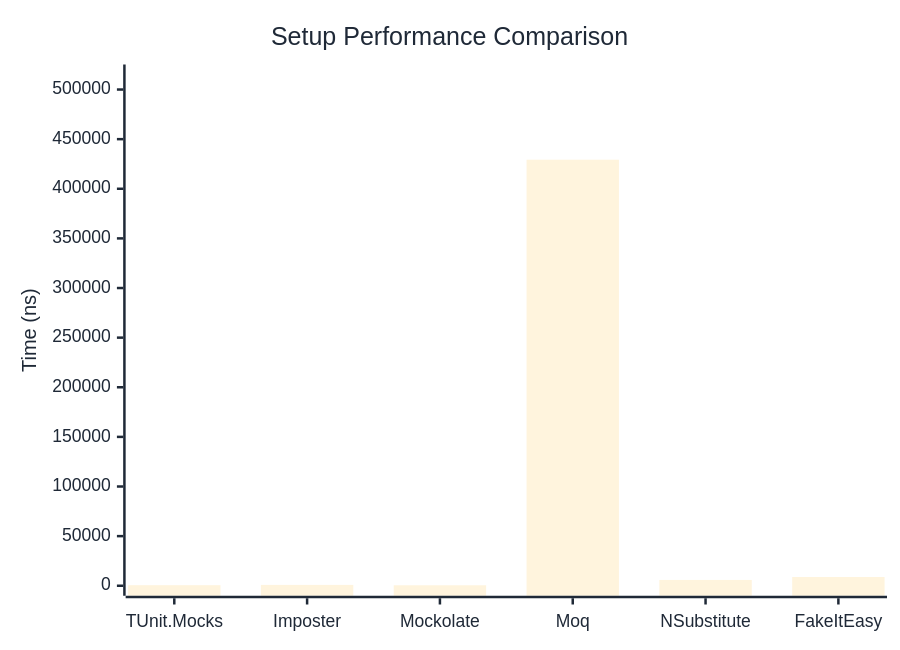
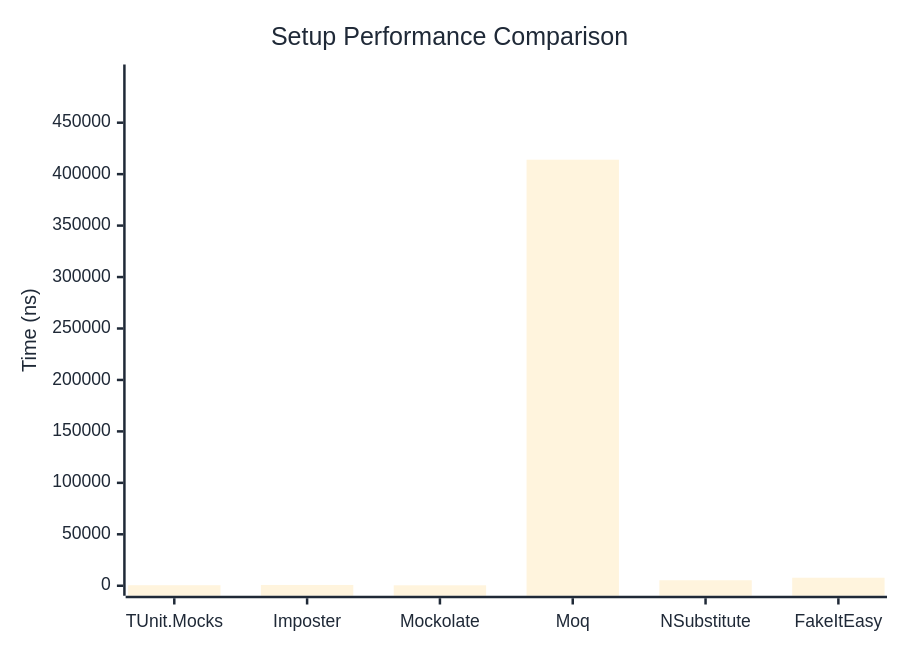
Before and after one commit to thomhurst/TUnit: the first of 2 diagrams in docs/docs/benchmarks/mocks/Setup.md, drawn with Mermaid. The commit also changed other lines of this file and 14 other files, not shown here.

````diff
--- a/docs/docs/benchmarks/mocks/Setup.md
+++ b/docs/docs/benchmarks/mocks/Setup.md
@@ -28,27 +28,27 @@
 ```mermaid
 %%{init: {
   'theme':'base',
   'themeVariables': {
     'primaryColor': '#2563eb',
     'primaryTextColor': '#1f2937',
     'primaryBorderColor': '#1e40af',
     'lineColor': '#6b7280',
     'secondaryColor': '#7c3aed',
     'tertiaryColor': '#dc2626',
     'background': '#ffffff',
     'pie1': '#2563eb',
     'pie2': '#7c3aed',
     'pie3': '#dc2626',
     'pie4': '#f59e0b',
     'pie5': '#10b981',
     'pie6': '#06b6d4',
     'pie7': '#ec4899',
     'pie8': '#6366f1'
   }
 }}%%
 xychart-beta
   title "Setup Performance Comparison"
   x-axis ["TUnit.Mocks", "Imposter", "Mockolate", "Moq", "NSubstitute", "FakeItEasy"]
-  y-axis "Time (ns)" 0 --> 515146
-  bar [555.9, 865.2, 483.5, 429288.1, 5857.1, 8801]
+  y-axis "Time (ns)" 0 --> 496838
+  bar [526.2, 774.6, 436.4, 414031.5, 5342.1, 7782.8]
 ```
````
